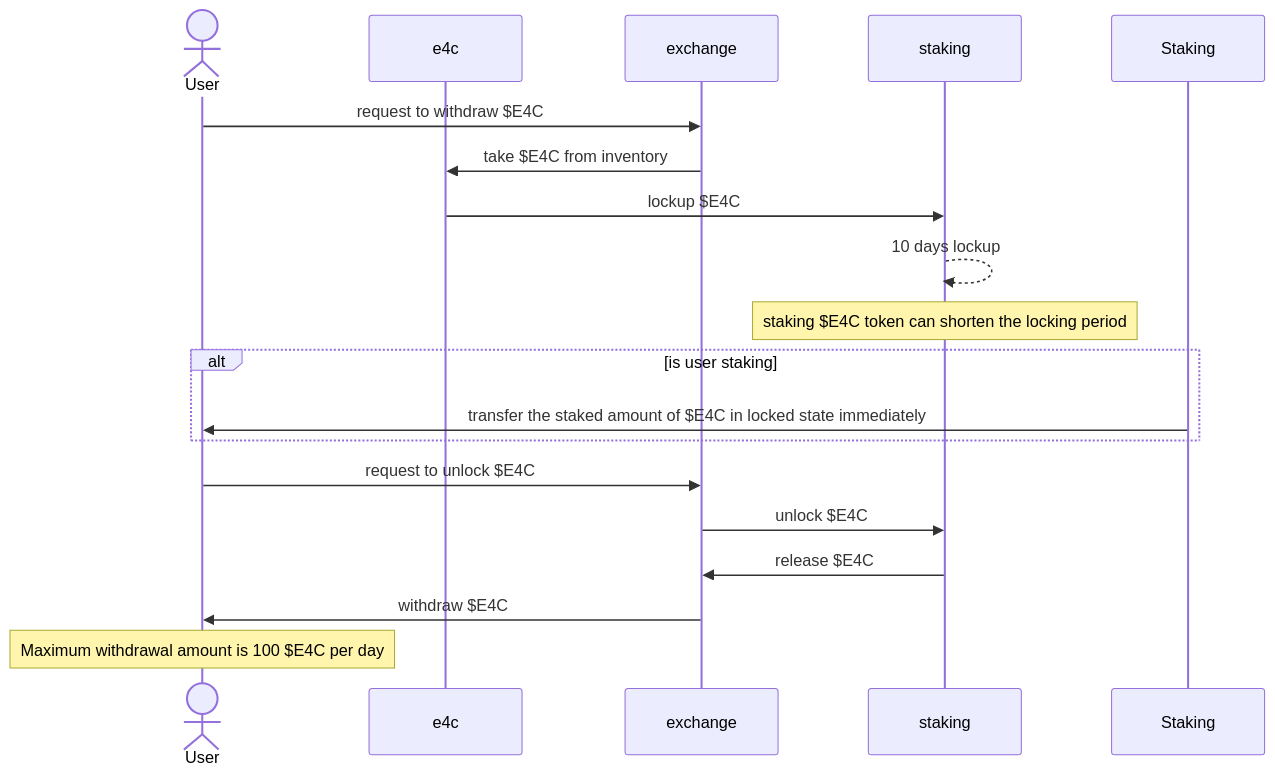
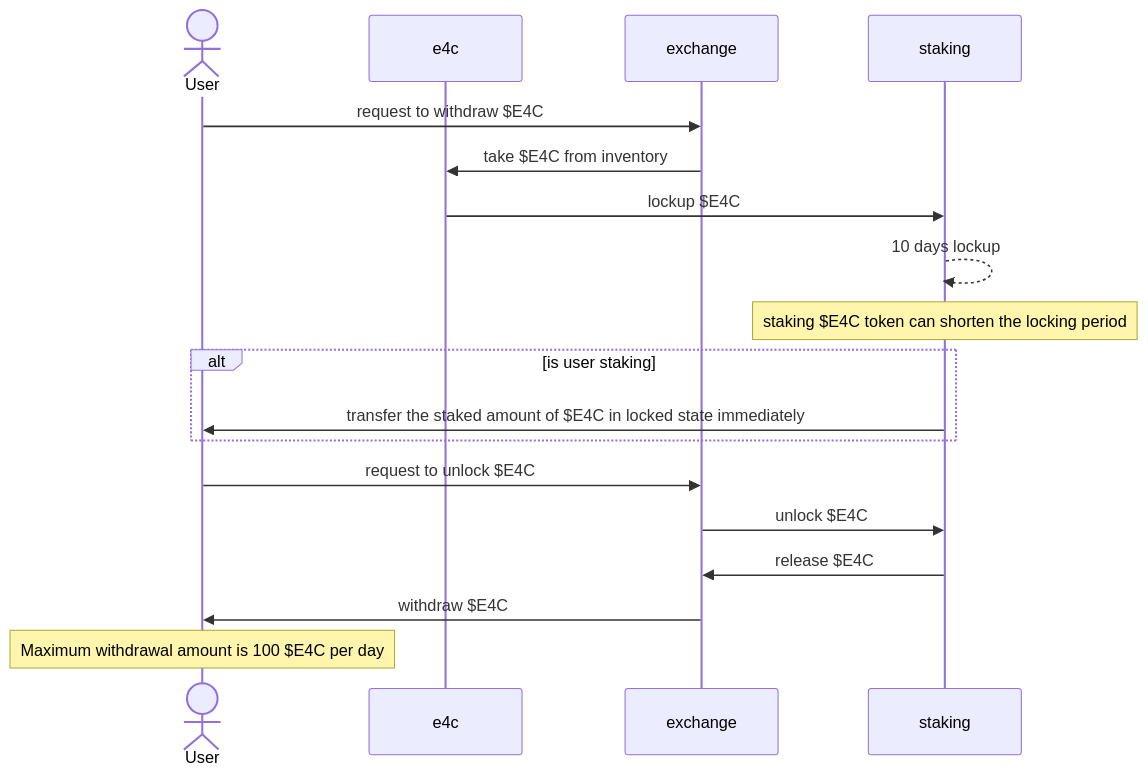
Before and after one commit to z330789559/e4c: the second of 4 diagrams in README.md, drawn with Mermaid. The commit also changed other lines of this file, not shown here.

Commit message:
docs: add configure staking pool

````diff
--- a/README.md
+++ b/README.md
@@ -28,20 +28,20 @@
 ```mermaid
 sequenceDiagram
     actor U as User
     participant e4c
     participant exchange
     participant staking
     U ->> exchange: request to withdraw $E4C
     exchange ->> e4c: take $E4C from inventory
     e4c ->> staking: lockup $E4C
     staking -->> staking: 10 days lockup
     Note over staking: staking $E4C token can shorten the locking period
     alt is user staking
-        Staking ->> U: transfer the staked amount of $E4C in locked state immediately
+        staking ->> U: transfer the staked amount of $E4C in locked state immediately
     end
     U ->> exchange: request to unlock $E4C
     exchange ->> staking: unlock $E4C
     staking ->> exchange: release $E4C
     exchange ->> U: withdraw $E4C
     Note over U: Maximum withdrawal amount is 100 $E4C per day
 ```
````
